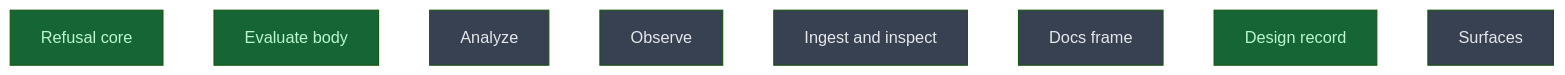
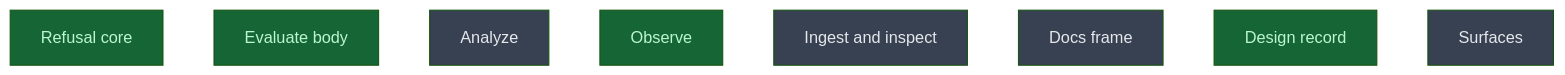
Before and after one commit to CrackingShells/Candler: the diagram in __roadmap__/m3-lean-cli/verbs/README.md, drawn with Mermaid (forest theme). The commit also changed other lines of this file, not shown here.

Commit message:
rdm(cli): mark observe done

````diff
--- a/__roadmap__/m3-lean-cli/verbs/README.md
+++ b/__roadmap__/m3-lean-cli/verbs/README.md
@@ -28,16 +28,16 @@
 ```mermaid
 graph TD
     refusal_core[Refusal core]:::done
     evaluate_body[Evaluate body]:::done
     analyze[Analyze]:::planned
-    observe[Observe]:::planned
+    observe[Observe]:::done
     ingest_inspect[Ingest and inspect]:::planned
     docs_frame[Docs frame]:::planned
     design_record[Design record]:::done
     surfaces[Surfaces]:::planned
     classDef done       fill:#166534,color:#bbf7d0
     classDef inprogress fill:#854d0e,color:#fef08a
     classDef planned    fill:#374151,color:#e5e7eb
     classDef amendment  fill:#1e3a5f,color:#bfdbfe
     classDef blocked    fill:#7f1d1d,color:#fecaca
 ```
````
